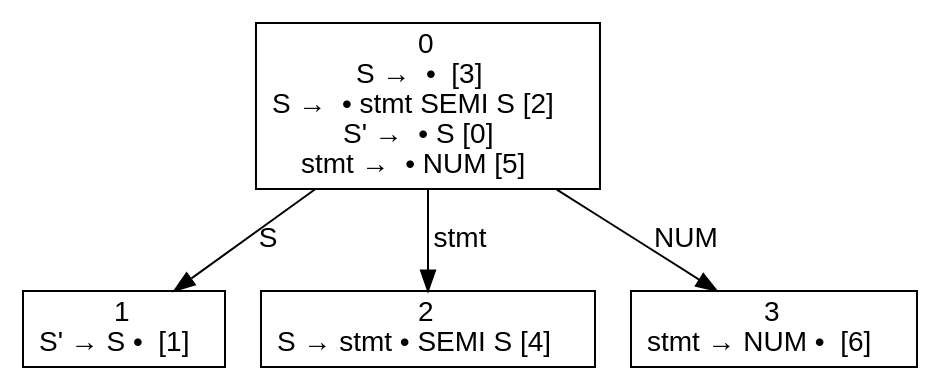
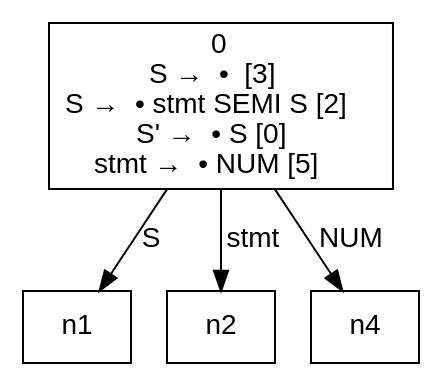
One commit to dragonsarebest/Compiler changed the diagram in PleaseWork/PleaseWork/g9.txt.dfa.dot. Above: the diagram before and after it, drawn with Graphviz. The commit also changed 35 other files, not shown here.

```diff
--- a/PleaseWork/PleaseWork/g9.txt.dfa.dot
+++ b/PleaseWork/PleaseWork/g9.txt.dfa.dot
@@ -1,11 +1,8 @@
 digraph d{
 node [fontname=Helvetica,shape=box];
 edge [fontname=Helvetica];
 n0 [label=<0<br />S →  •  [3]<br />S →  • stmt SEMI S [2]<br />S' →  • S [0]<br />stmt →  • NUM [5]>];
-n1 [label=<1<br />S' → S •  [1]>];
-n2 [label=<2<br />S → stmt • SEMI S [4]>];
-n3 [label=<3<br />stmt → NUM •  [6]>];
 n0 -> n1 [label="S"];
 n0 -> n2 [label="stmt"];
-n0 -> n3 [label="NUM"];
+n0 -> n4 [label="NUM"];
 }
```
